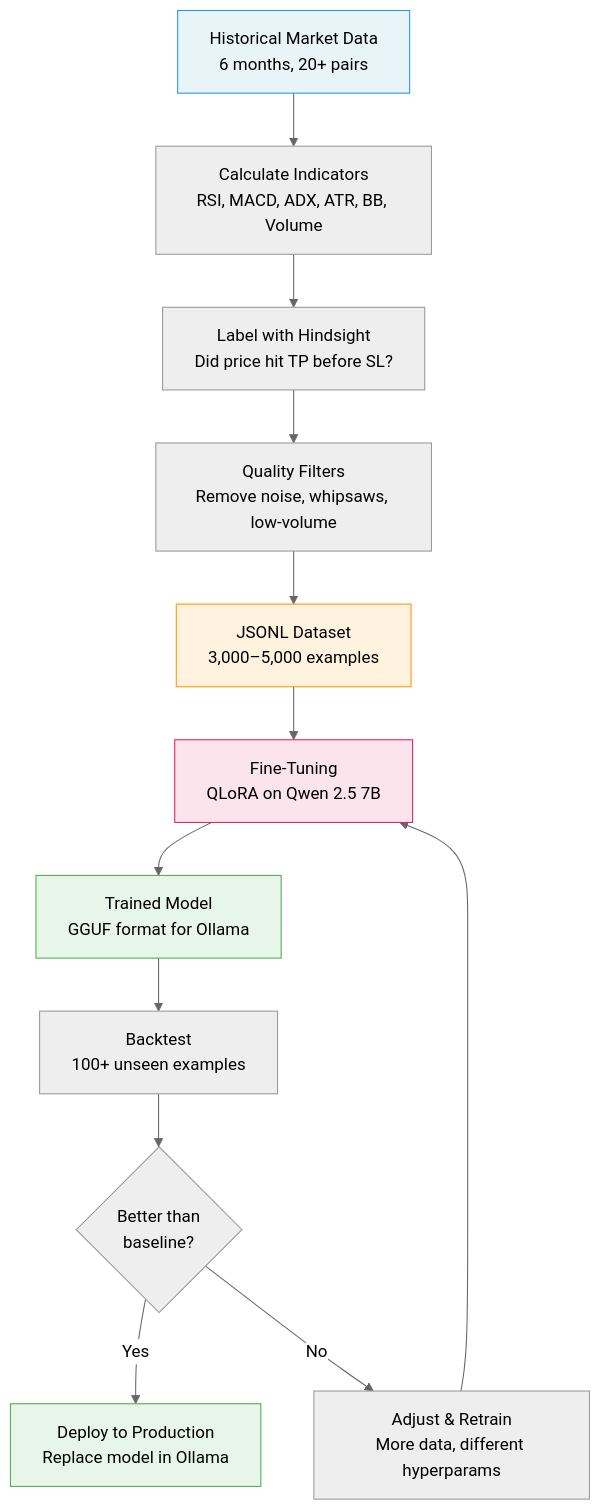
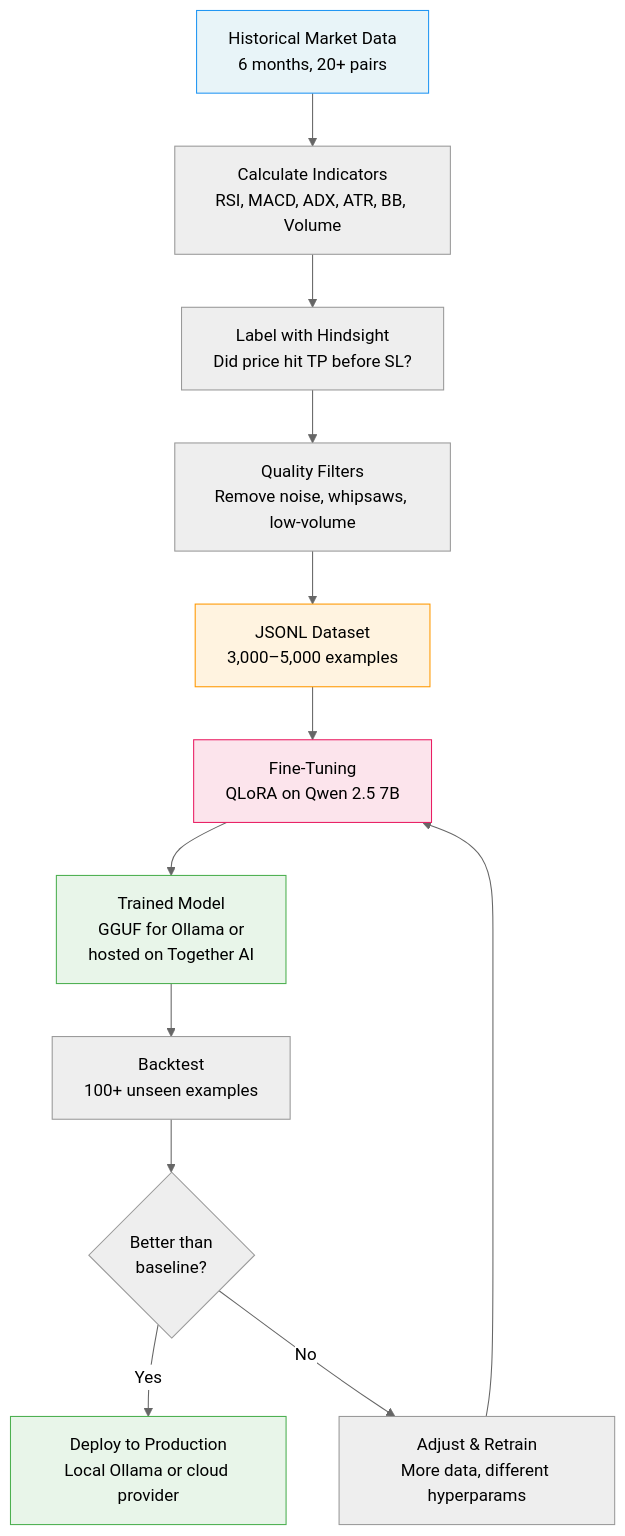
The first of 2 diagrams in docs/fine-tuning-explainer.md (alejandrogonzalz/trading_management), drawn with Mermaid (neutral theme) before and after one commit. The commit also changed other lines of this file, not shown here.

Commit message:
docs: clarify multi-provider support and SQLite scope

````diff
--- a/docs/fine-tuning-explainer.md
+++ b/docs/fine-tuning-explainer.md
@@ -54,20 +54,20 @@
 ```mermaid
 flowchart TD
     A[Historical Market Data<br/>6 months, 20+ pairs] --> B[Calculate Indicators<br/>RSI, MACD, ADX, ATR, BB, Volume]
     B --> C[Label with Hindsight<br/>Did price hit TP before SL?]
     C --> D[Quality Filters<br/>Remove noise, whipsaws, low-volume]
     D --> E[JSONL Dataset<br/>3,000–5,000 examples]
     E --> F[Fine-Tuning<br/>QLoRA on Qwen 2.5 7B]
-    F --> G[Trained Model<br/>GGUF format for Ollama]
+    F --> G[Trained Model<br/>GGUF for Ollama or<br/>hosted on Together AI]
     G --> H[Backtest<br/>100+ unseen examples]
     H --> I{Better than<br/>baseline?}
-    I -->|Yes| J[Deploy to Production<br/>Replace model in Ollama]
+    I -->|Yes| J[Deploy to Production<br/>Local Ollama or cloud provider]
     I -->|No| K[Adjust & Retrain<br/>More data, different hyperparams]
     K --> F
 
     style A fill:#e8f4f8,stroke:#2196F3
     style E fill:#fff3e0,stroke:#FF9800
     style F fill:#fce4ec,stroke:#E91E63
     style G fill:#e8f5e9,stroke:#4CAF50
     style J fill:#e8f5e9,stroke:#4CAF50
 ```
````
